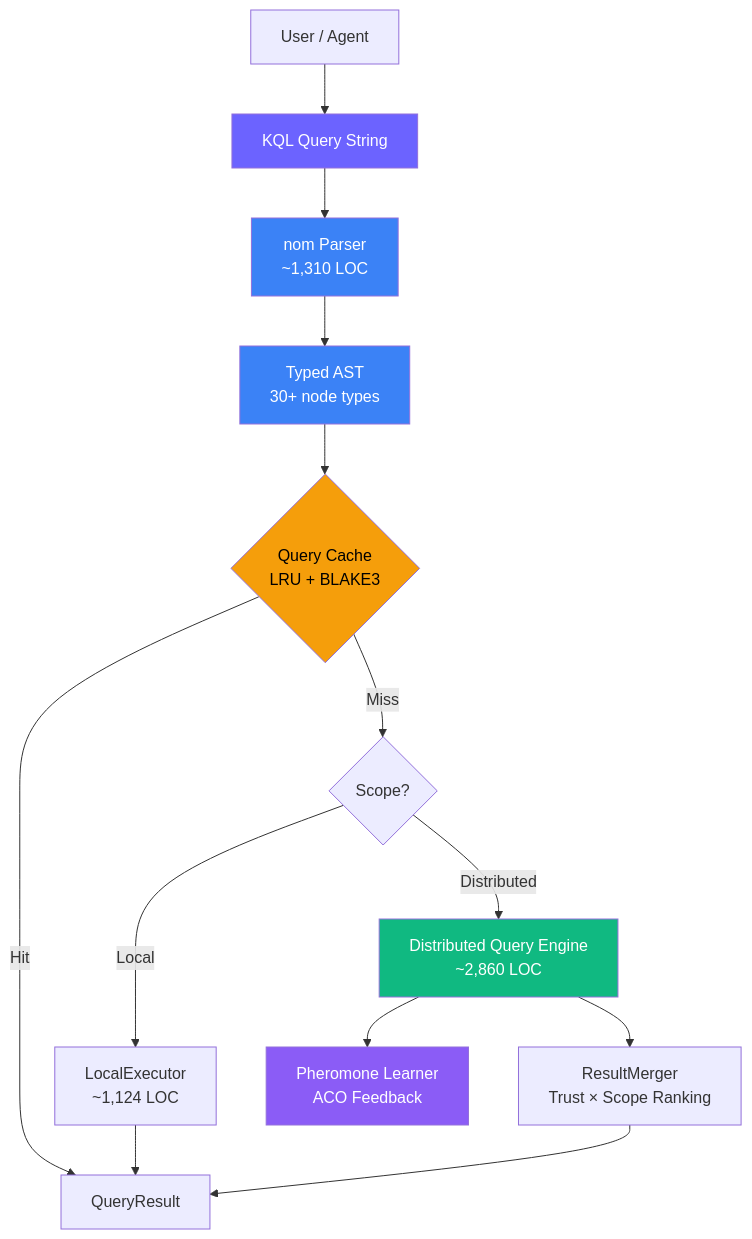
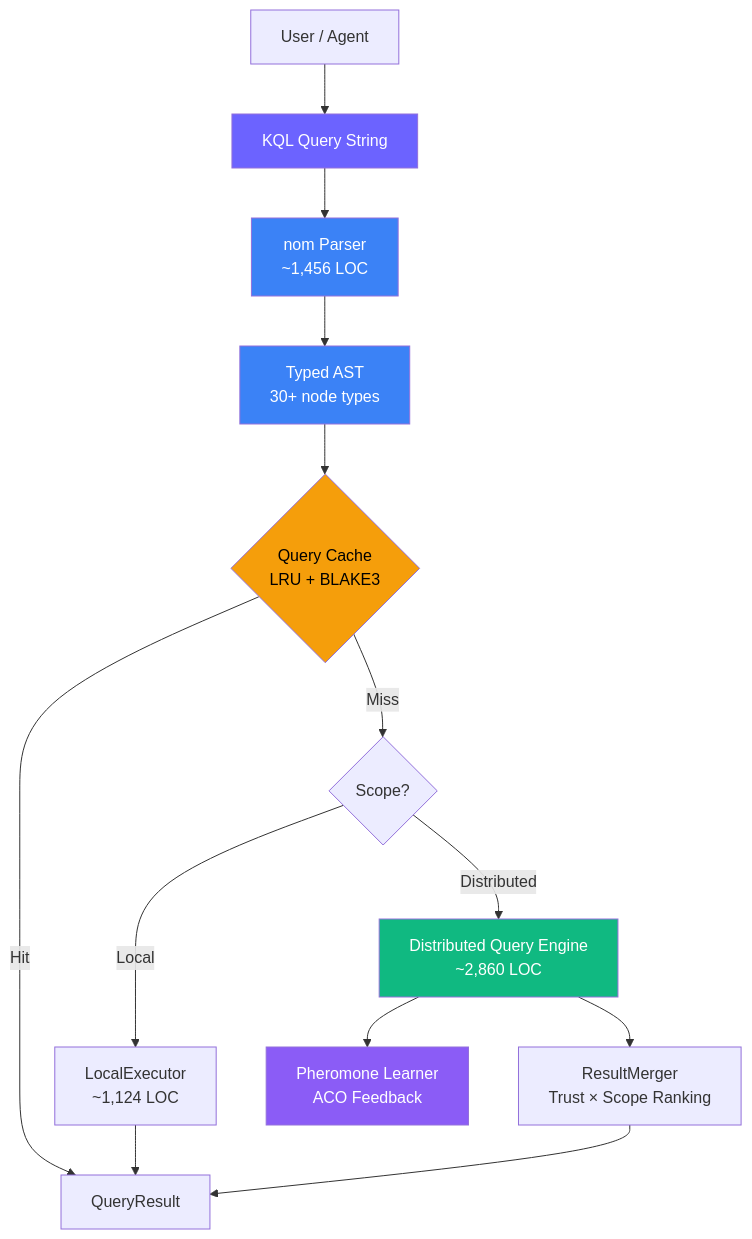
The diagram in docs/paper/kql/01_introduction.md (shpy2001gemi/OneBrain), drawn with Mermaid before and after one commit. The commit also changed other lines of this file and 95 other files, not shown here.

````diff
--- a/docs/paper/kql/01_introduction.md
+++ b/docs/paper/kql/01_introduction.md
@@ -55,22 +55,22 @@
 ```mermaid
 graph TD
     User["User / Agent"] --> KQL["KQL Query String"]
-    KQL --> Parser["nom Parser<br/>~1,310 LOC"]
+    KQL --> Parser["nom Parser<br/>~1,456 LOC"]
     Parser --> AST["Typed AST<br/>30+ node types"]
     AST --> Cache{"Query Cache<br/>LRU + BLAKE3"}
     Cache -->|Hit| Results["QueryResult"]
     Cache -->|Miss| Exec{"Scope?"}
     Exec -->|Local| LE["LocalExecutor<br/>~1,124 LOC"]
     Exec -->|Distributed| DQE["Distributed Query Engine<br/>~2,860 LOC"]
     LE --> Results
     DQE --> Merger["ResultMerger<br/>Trust × Scope Ranking"]
     Merger --> Results
     DQE --> Learning["Pheromone Learner<br/>ACO Feedback"]
     
     style KQL fill:#6c63ff,color:#fff
     style Parser fill:#3b82f6,color:#fff
     style AST fill:#3b82f6,color:#fff
     style Cache fill:#f59e0b,color:#000
     style DQE fill:#10b981,color:#fff
     style Learning fill:#8b5cf6,color:#fff
 ```
````
